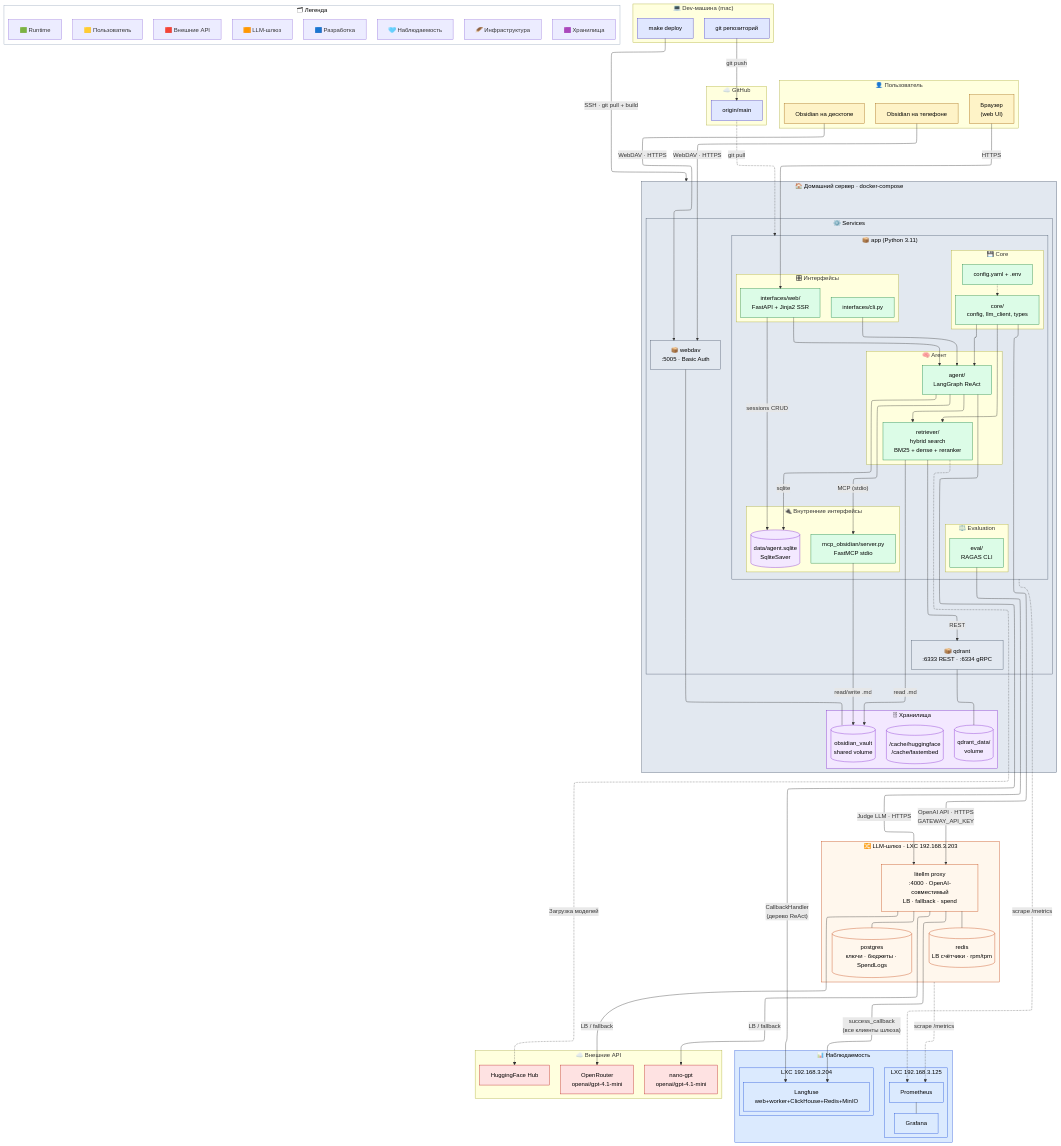
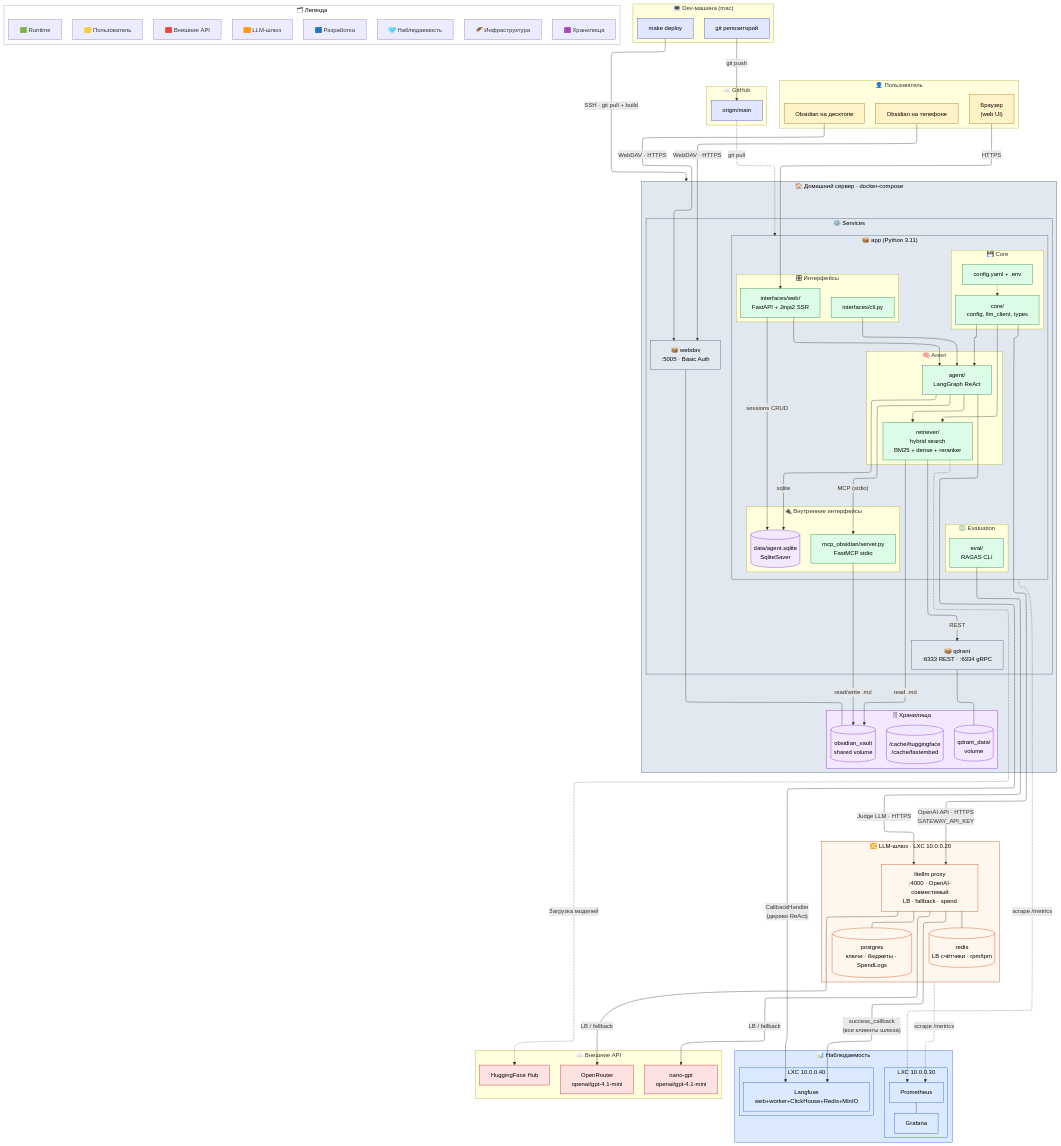
One commit to tumasv1/RAGv2-Agentic-RAG changed the diagram in docs/knowledge base/adr/architecture-overview.md. Above: the diagram before and after it, drawn with Mermaid. The commit also changed other lines of this file and 15 other files, not shown here.

```diff
--- a/docs/knowledge base/adr/architecture-overview.md
+++ b/docs/knowledge base/adr/architecture-overview.md
@@ -69,7 +69,7 @@
     end
 
     %% — LLM-шлюз (отдельный LXC) —
-    subgraph GatewayLXC["🔀 LLM-шлюз · LXC 192.168.3.203"]
+    subgraph GatewayLXC["🔀 LLM-шлюз · LXC 10.0.0.20"]
         LiteLLM["litellm proxy<br/>:4000 · OpenAI-совместимый<br/>LB · fallback · spend"]
         GatewayPG[("postgres<br/>ключи · бюджеты · SpendLogs")]
         GatewayRedis[("redis<br/>LB счётчики · rpm/tpm")]
@@ -79,12 +79,12 @@
 
     %% — Наблюдаемость: метрики + трейсинг (отдельные LXC) —
     subgraph Observability["📊 Наблюдаемость"]
-        subgraph MonitoringLXC["LXC 192.168.3.125"]
+        subgraph MonitoringLXC["LXC 10.0.0.30"]
             Prometheus["Prometheus"]
             Grafana["Grafana"]
             Prometheus --- Grafana
         end
-        subgraph LangfuseLXC["LXC 192.168.3.204"]
+        subgraph LangfuseLXC["LXC 10.0.0.40"]
             Langfuse["Langfuse<br/>web+worker+ClickHouse+Redis+MinIO"]
         end
     end
```
